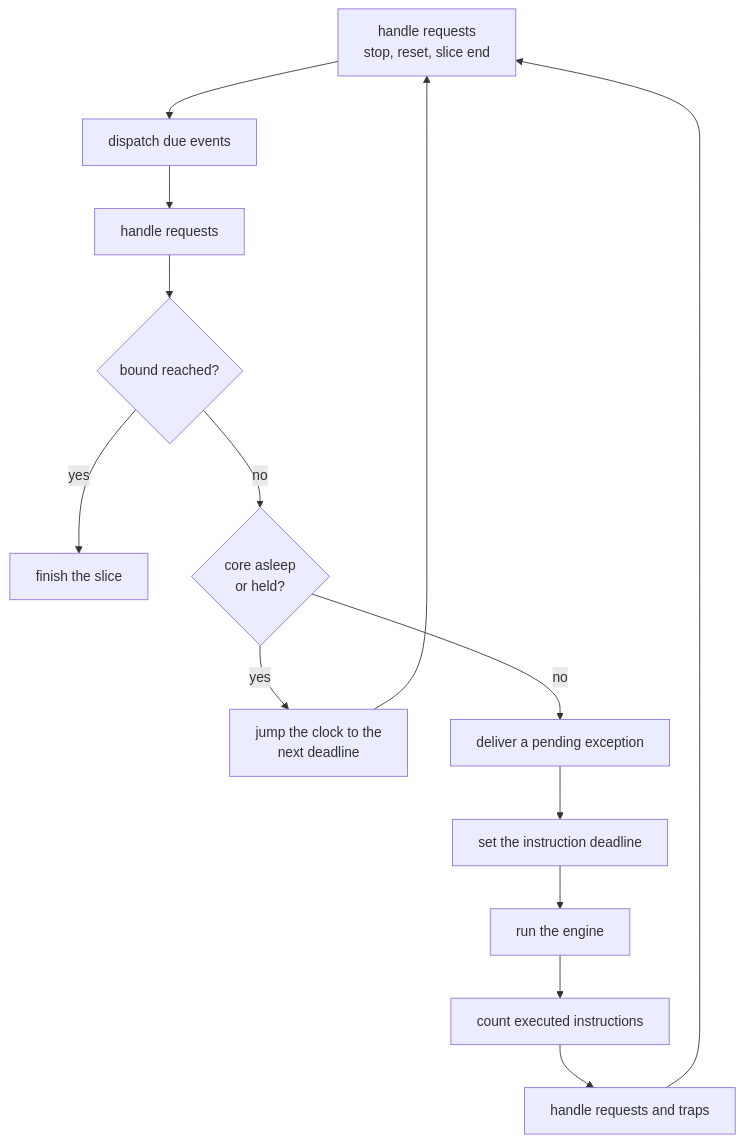
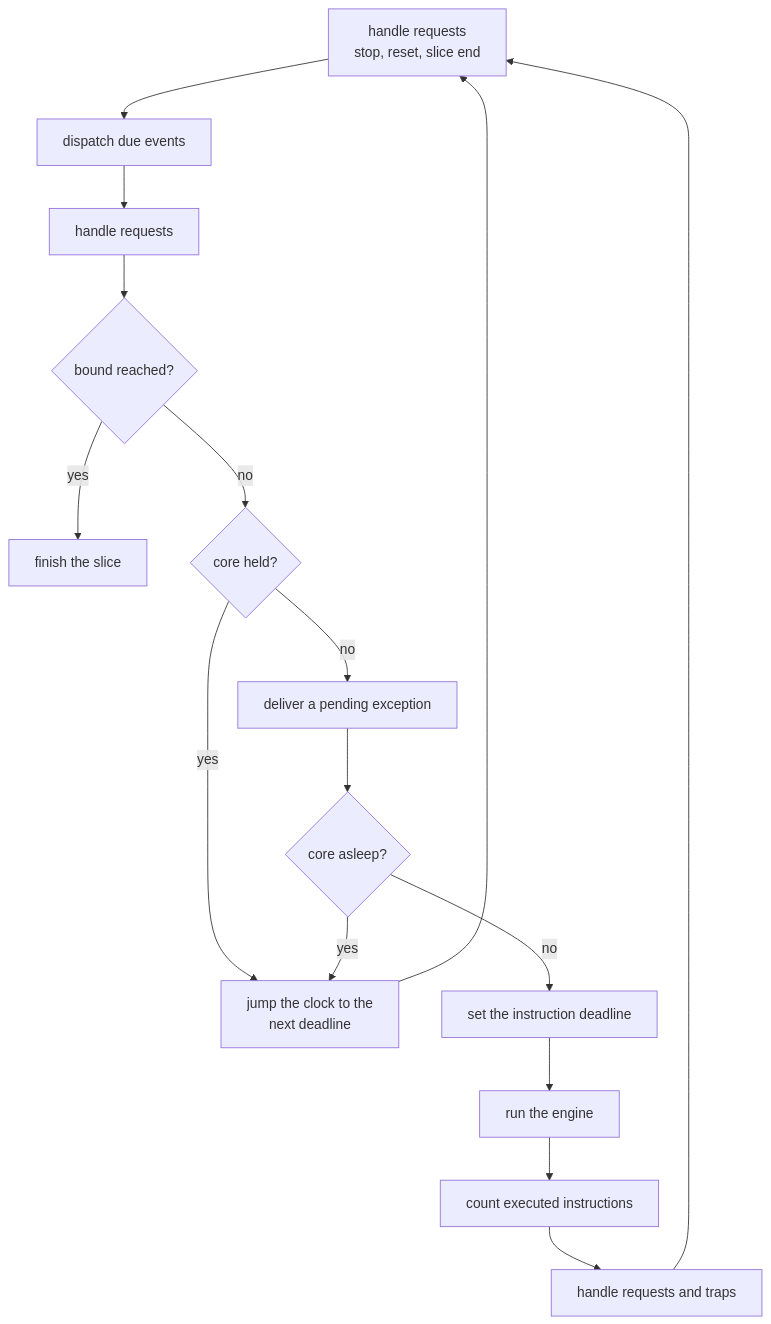
Before and after one commit to Garcia6l20/popcorn: the diagram in docs/dev/run_loop.md, drawn with Mermaid. The commit also changed other lines of this file and 6 other files, not shown here.

````diff
--- a/docs/dev/run_loop.md
+++ b/docs/dev/run_loop.md
@@ -28,15 +28,17 @@
 ```mermaid
 flowchart TD
     A[handle requests<br/>stop, reset, slice end] --> B[dispatch due events]
     B --> C[handle requests]
     C --> D{bound reached?}
     D -->|yes| Z[finish the slice]
-    D -->|no| E{core asleep<br/>or held?}
+    D -->|no| E{core held?}
     E -->|yes| F[jump the clock to the<br/>next deadline] --> A
     E -->|no| G[deliver a pending exception]
-    G --> H[set the instruction deadline]
-    H --> I[run the engine]
-    I --> J[count executed instructions]
-    J --> K[handle requests and traps]
-    K --> A
+    G --> H{core asleep?}
+    H -->|yes| F
+    H -->|no| I[set the instruction deadline]
+    I --> J[run the engine]
+    J --> K[count executed instructions]
+    K --> L[handle requests and traps]
+    L --> A
 ```
````
